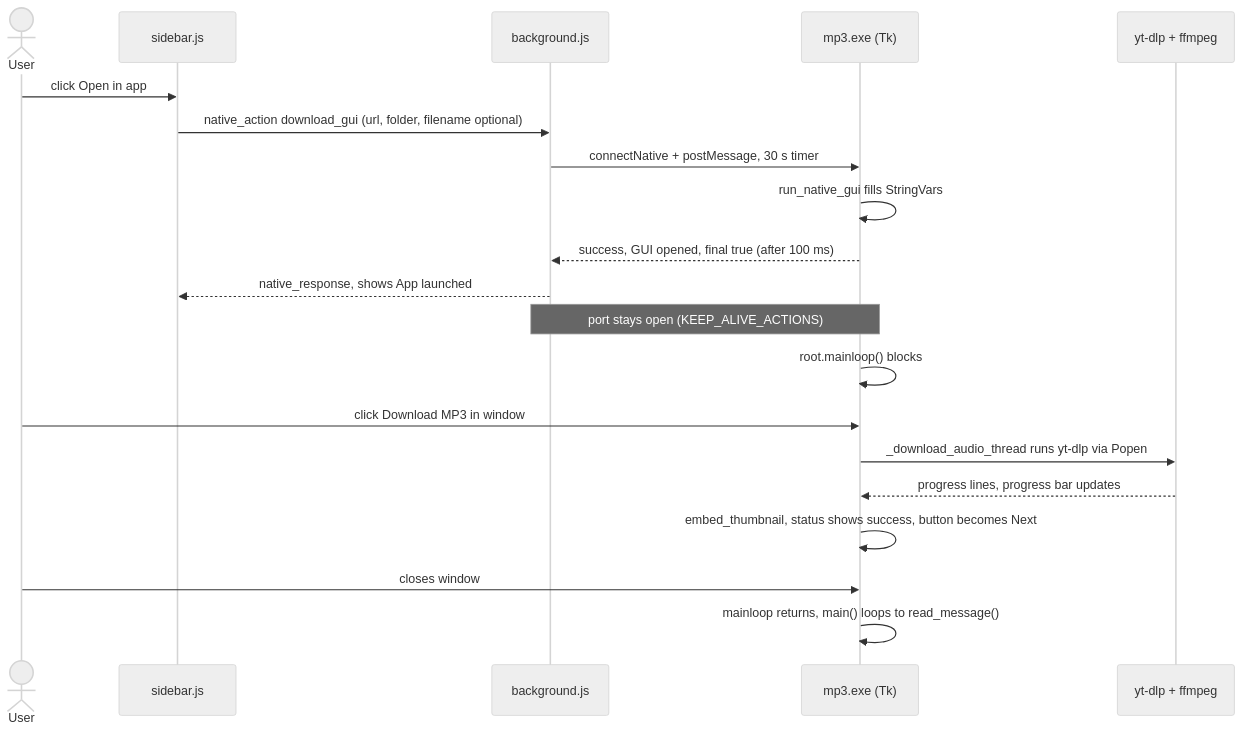
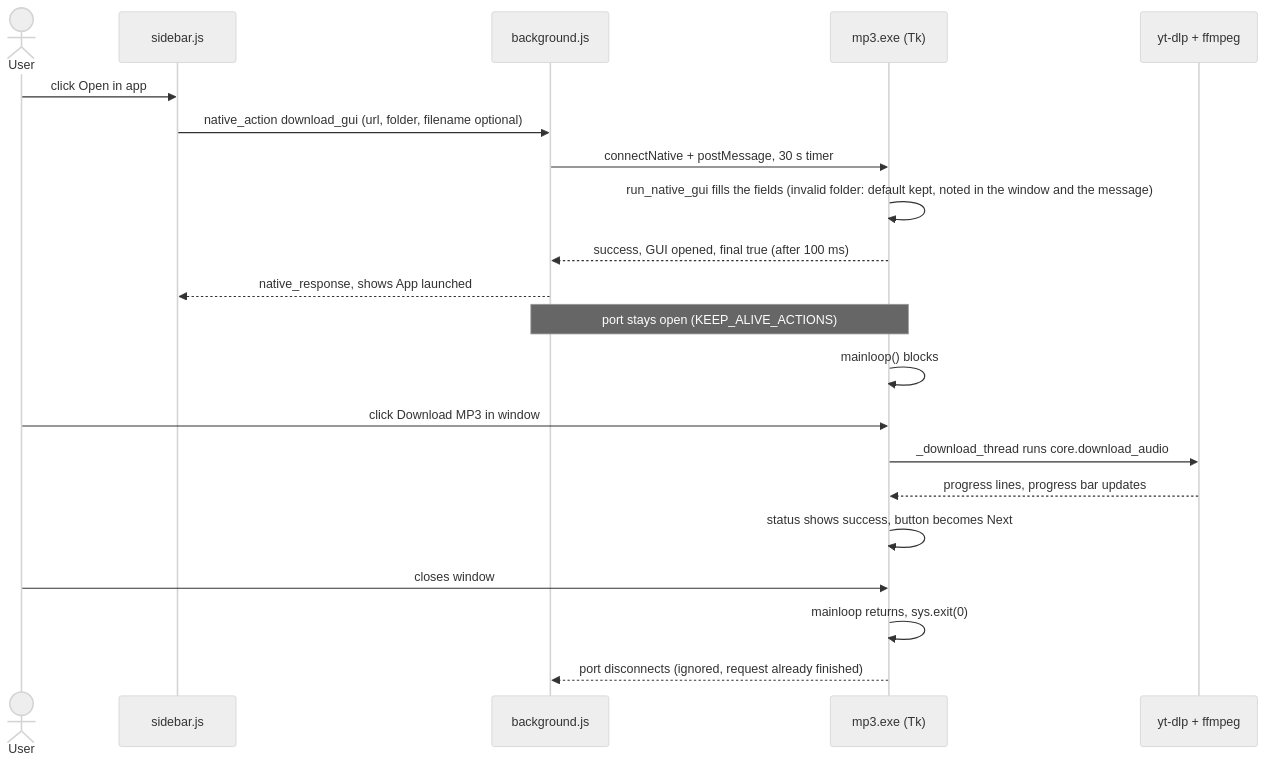
One commit to martin-iflap/YT-MP3-Downloader changed diagram 13 of 18 in ARCHITECTURE.md. Above: the diagram before and after it, drawn with Mermaid (neutral theme). The commit also changed other lines of this file and 11 other files, not shown here.

````diff
--- a/ARCHITECTURE.md
+++ b/ARCHITECTURE.md
@@ -516,23 +535,24 @@
 ```mermaid
 sequenceDiagram
     actor User
     participant SB as sidebar.js
     participant BG as background.js
     participant H as mp3.exe (Tk)
     participant T as yt-dlp + ffmpeg
 
     User->>SB: click Open in app
     SB->>BG: native_action download_gui (url, folder, filename optional)
     BG->>H: connectNative + postMessage, 30 s timer
-    H->>H: run_native_gui fills StringVars
+    H->>H: run_native_gui fills the fields (invalid folder: default kept, noted in the window and the message)
     H-->>BG: success, GUI opened, final true (after 100 ms)
     BG-->>SB: native_response, shows App launched
     Note over BG,H: port stays open (KEEP_ALIVE_ACTIONS)
-    H->>H: root.mainloop() blocks
+    H->>H: mainloop() blocks
     User->>H: click Download MP3 in window
-    H->>T: _download_audio_thread runs yt-dlp via Popen
+    H->>T: _download_thread runs core.download_audio
     T-->>H: progress lines, progress bar updates
-    H->>H: embed_thumbnail, status shows success, button becomes Next
+    H->>H: status shows success, button becomes Next
     User->>H: closes window
-    H->>H: mainloop returns, main() loops to read_message()
+    H->>H: mainloop returns, sys.exit(0)
+    H-->>BG: port disconnects (ignored, request already finished)
 ```
````
